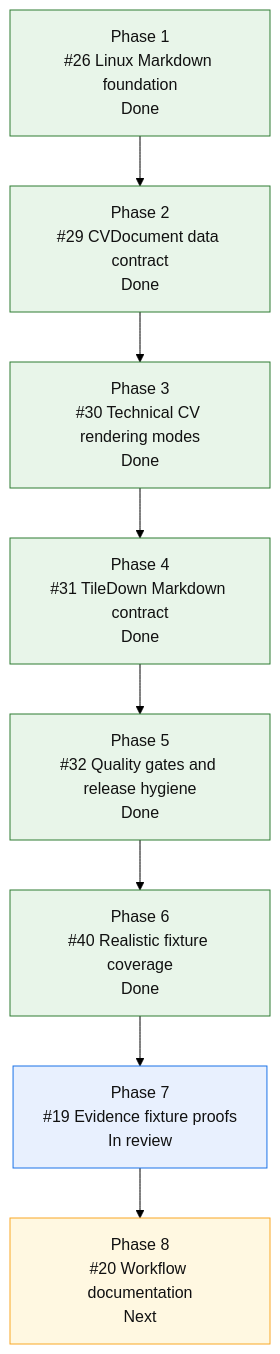
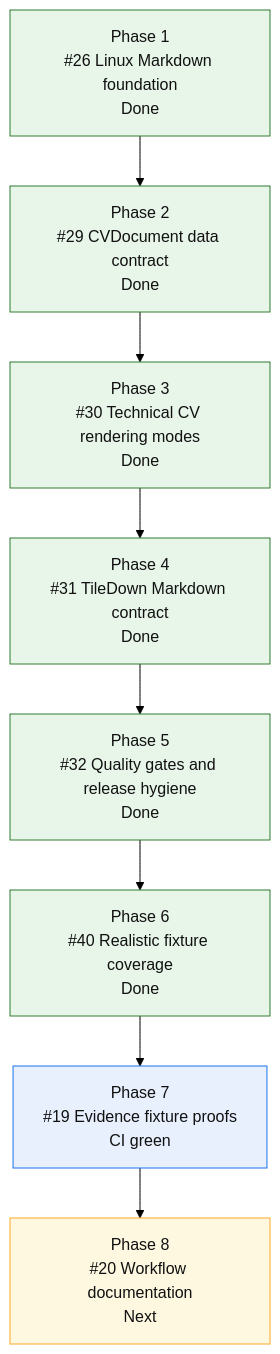
Before and after one commit to mihaelamj/cvbuilder: the diagram in README.md, drawn with Mermaid (forest theme). The commit also changed 1 other file, not shown here.

Commit message:
docs(roadmap): mark fixture PR CI green

````diff
--- a/README.md
+++ b/README.md
@@ -154,24 +154,24 @@
 ```mermaid
 flowchart TD
     P1["Phase 1<br/>#26 Linux Markdown foundation<br/>Done"]
     P2["Phase 2<br/>#29 CVDocument data contract<br/>Done"]
     P3["Phase 3<br/>#30 Technical CV rendering modes<br/>Done"]
     P4["Phase 4<br/>#31 TileDown Markdown contract<br/>Done"]
     P5["Phase 5<br/>#32 Quality gates and release hygiene<br/>Done"]
     P6["Phase 6<br/>#40 Realistic fixture coverage<br/>Done"]
-    P7["Phase 7<br/>#19 Evidence fixture proofs<br/>In review"]
+    P7["Phase 7<br/>#19 Evidence fixture proofs<br/>CI green"]
     P8["Phase 8<br/>#20 Workflow documentation<br/>Next"]
 
     P1 --> P2 --> P3 --> P4 --> P5 --> P6 --> P7 --> P8
 
     classDef done fill:#e8f5e9,stroke:#2e7d32,color:#111;
     classDef active fill:#fff3e0,stroke:#ef6c00,color:#111;
     classDef review fill:#e8f0fe,stroke:#1a73e8,color:#111;
     classDef next fill:#fff8e1,stroke:#f9a825,color:#111;
     classDef partial fill:#e0f7fa,stroke:#00838f,color:#111;
     classDef todo fill:#eef3ff,stroke:#3367d6,color:#111;
     class P1,P2,P3,P4 done;
     class P5,P6 done;
     class P7 review;
     class P8 next;
 ```
````
